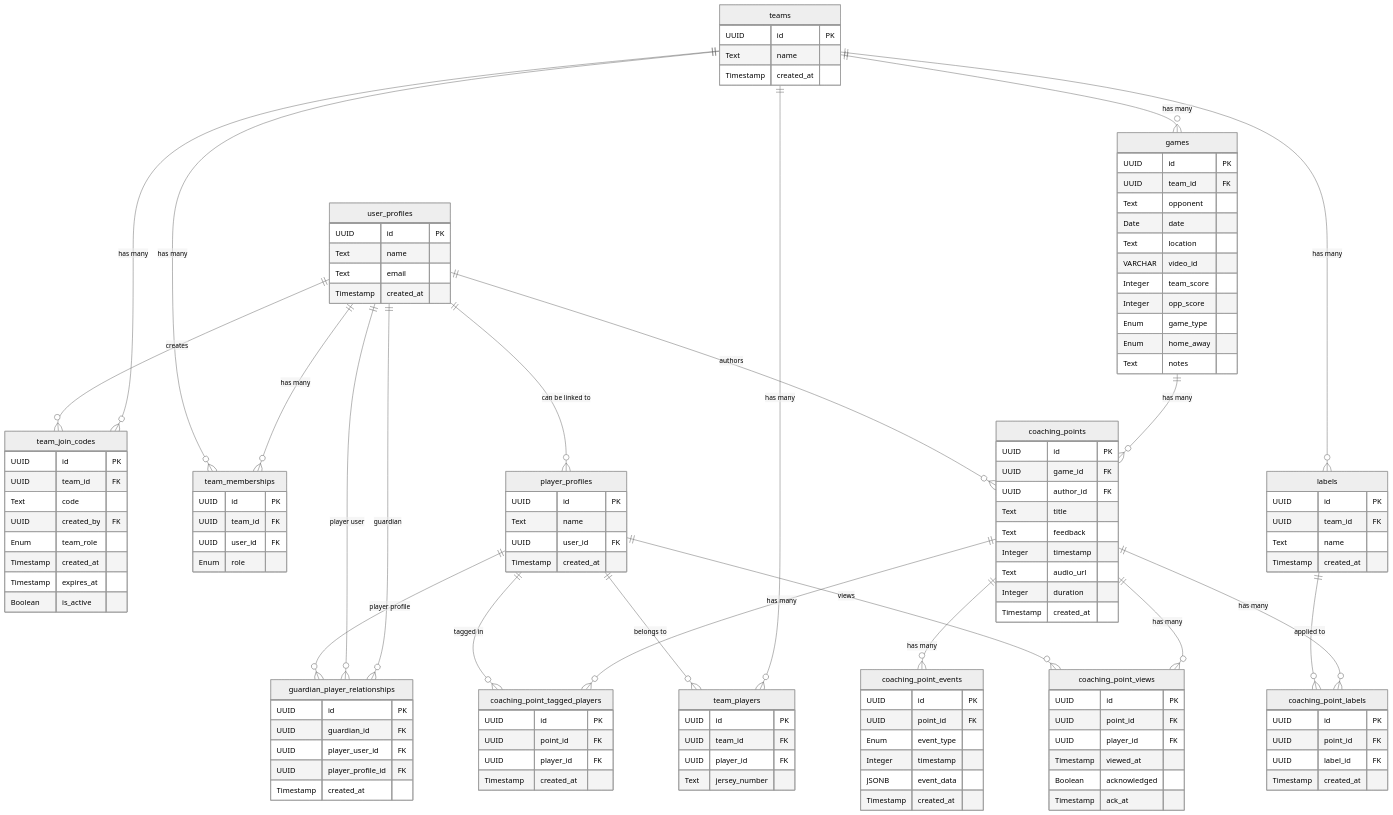
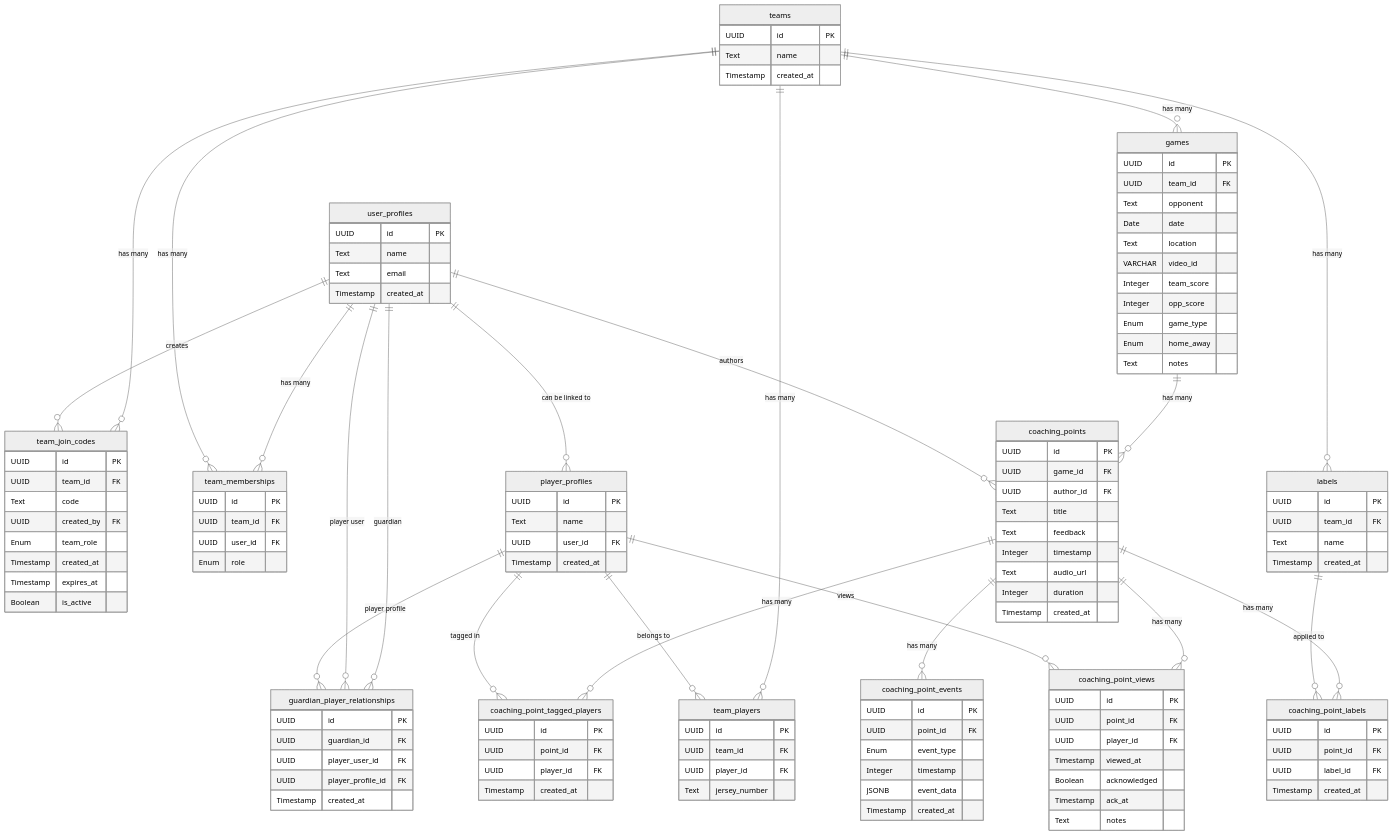
One commit to tynidev/tactix changed the diagram in docs/schema.md. Above: the diagram before and after it, drawn with Mermaid (neutral theme). The commit also changed other lines of this file and 8 other files, not shown here.

```diff
--- a/docs/schema.md
+++ b/docs/schema.md
@@ -267,6 +268,7 @@
         Timestamp viewed_at
         Boolean acknowledged
         Timestamp ack_at
+        Text notes
     }
     
     user_profiles ||--o{ team_memberships : "has many"
```
